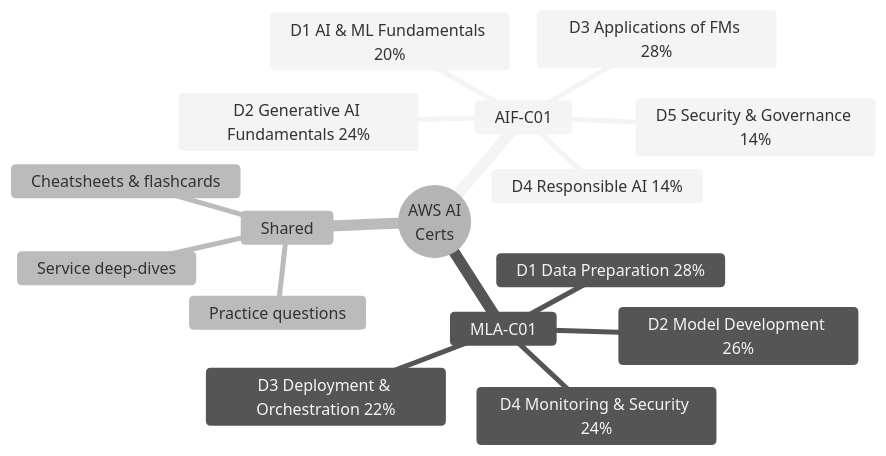
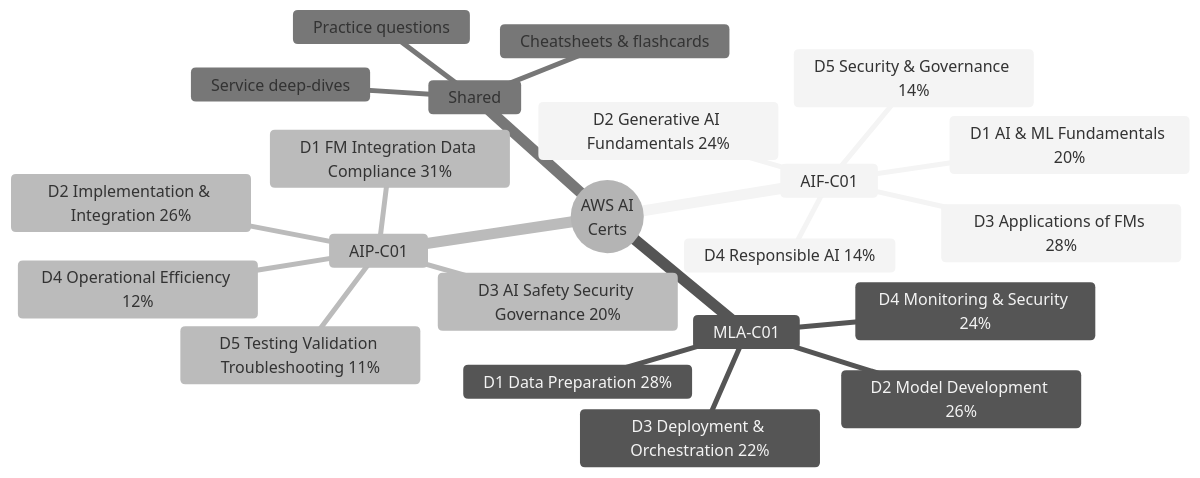
The first of 2 diagrams in 24-aws-ai-certification/README.md (aneshus95/ai-system-design-guide), drawn with Mermaid (neutral theme) before and after one commit. The commit also changed other lines of this file and 8 other files, not shown here.

````diff
--- a/24-aws-ai-certification/README.md
+++ b/24-aws-ai-certification/README.md
@@ -33,19 +33,25 @@
 ```mermaid
 mindmap
   root((AWS AI<br/>Certs))
     AIF-C01
       D1 AI & ML Fundamentals 20%
       D2 Generative AI Fundamentals 24%
       D3 Applications of FMs 28%
       D4 Responsible AI 14%
       D5 Security & Governance 14%
     MLA-C01
       D1 Data Preparation 28%
       D2 Model Development 26%
       D3 Deployment & Orchestration 22%
       D4 Monitoring & Security 24%
+    AIP-C01
+      D1 FM Integration Data Compliance 31%
+      D2 Implementation & Integration 26%
+      D3 AI Safety Security Governance 20%
+      D4 Operational Efficiency 12%
+      D5 Testing Validation Troubleshooting 11%
     Shared
       Service deep-dives
       Cheatsheets & flashcards
       Practice questions
 ```
````
